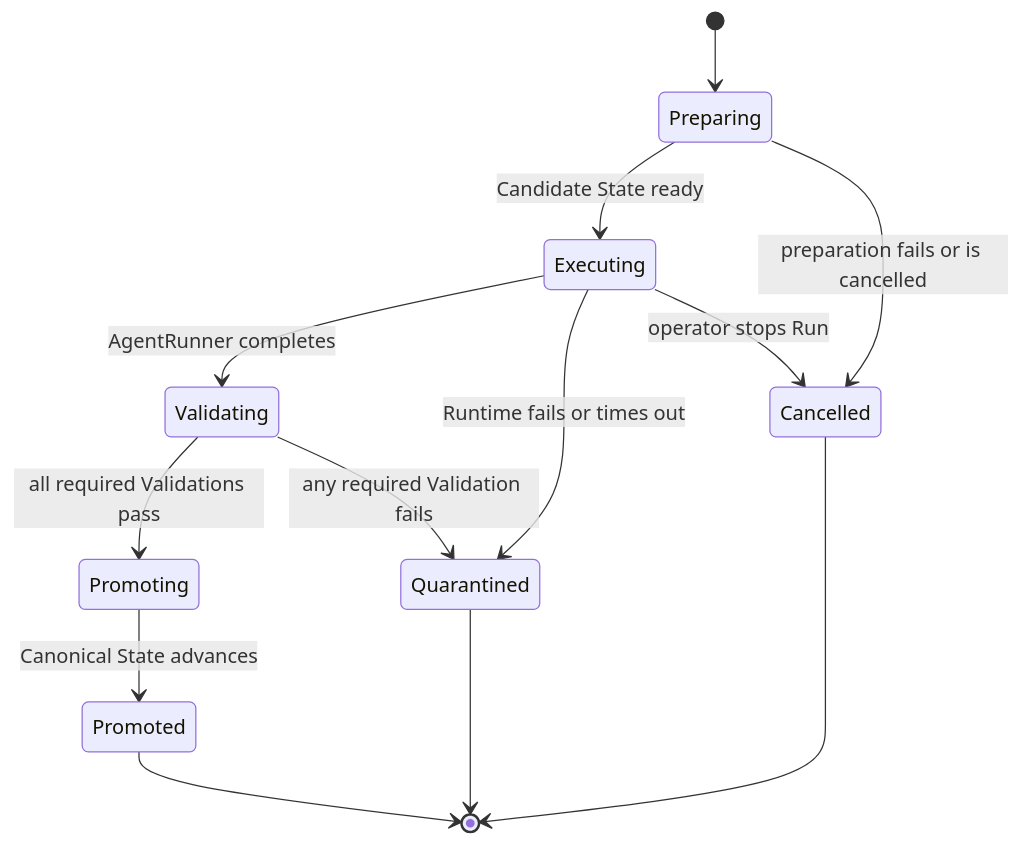
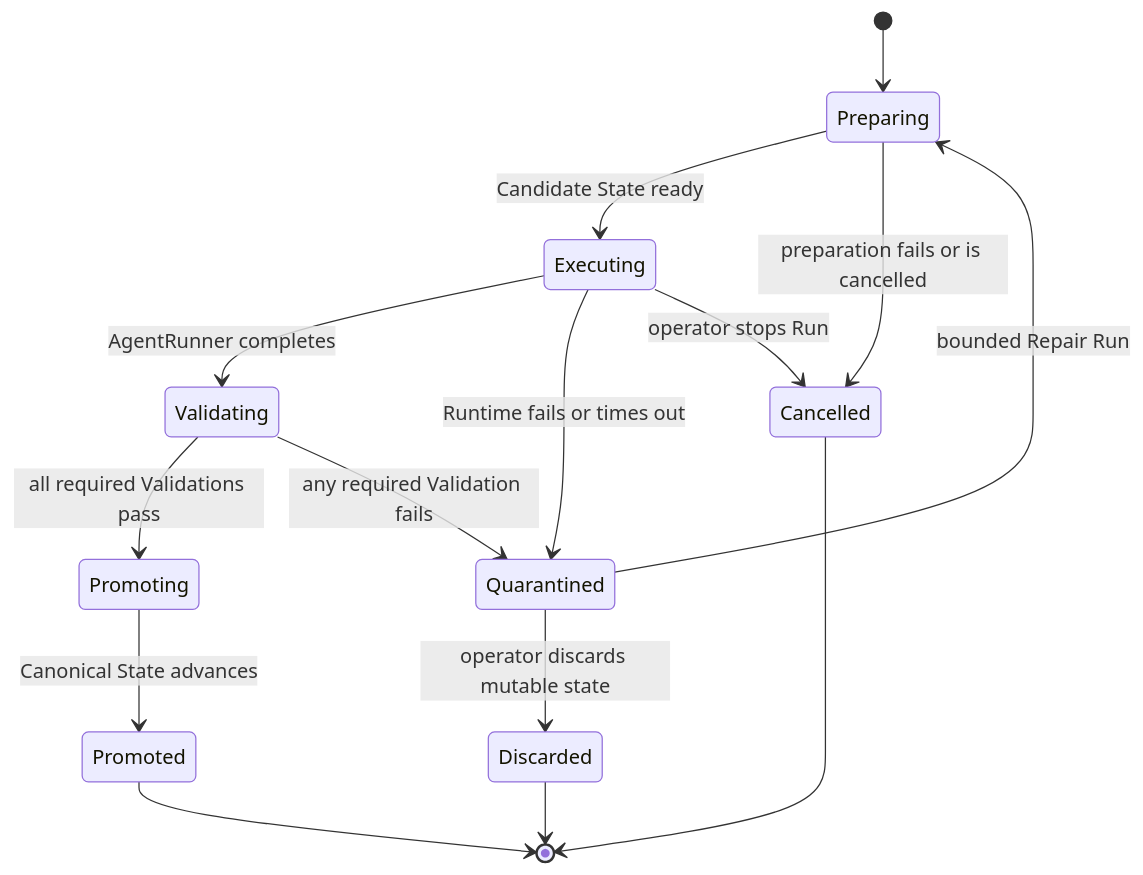
One commit to Kk120306/agent-airlock changed the second of 2 diagrams in docs/architecture/agent-airlock.md. Above: the diagram before and after it, drawn with Mermaid. The commit also changed other lines of this file and 31 other files, not shown here.

Commit message:
feat: repair quarantined Agent futures

````diff
--- a/docs/architecture/agent-airlock.md
+++ b/docs/architecture/agent-airlock.md
@@ -93,15 +103,17 @@
 ```mermaid
 stateDiagram-v2
     [*] --> Preparing
     Preparing --> Executing: Candidate State ready
     Preparing --> Cancelled: preparation fails or is cancelled
     Executing --> Validating: AgentRunner completes
     Executing --> Quarantined: Runtime fails or times out
     Executing --> Cancelled: operator stops Run
     Validating --> Promoting: all required Validations pass
     Validating --> Quarantined: any required Validation fails
     Promoting --> Promoted: Canonical State advances
+    Quarantined --> Preparing: bounded Repair Run
+    Quarantined --> Discarded: operator discards mutable state
     Promoted --> [*]
-    Quarantined --> [*]
+    Discarded --> [*]
     Cancelled --> [*]
 ```
````
